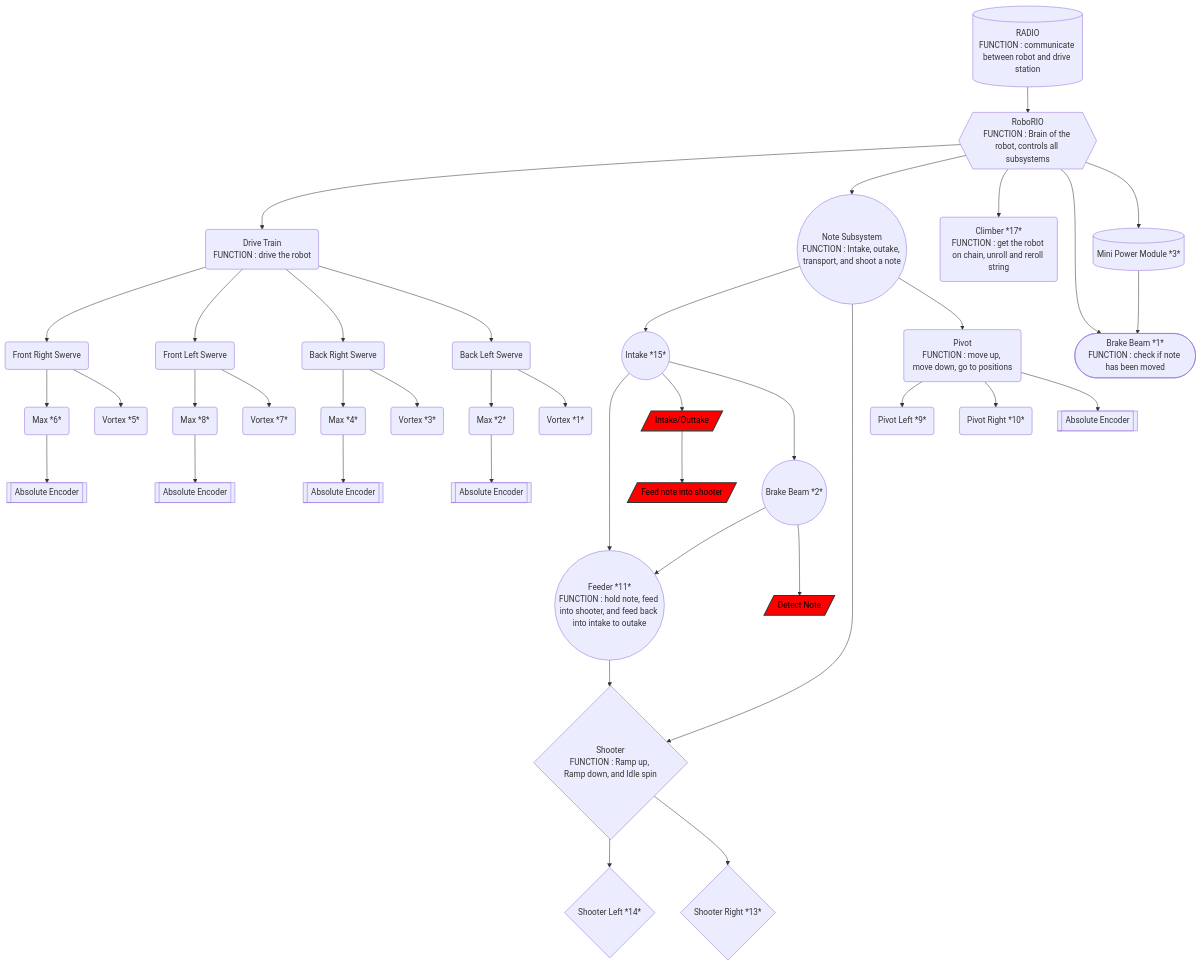
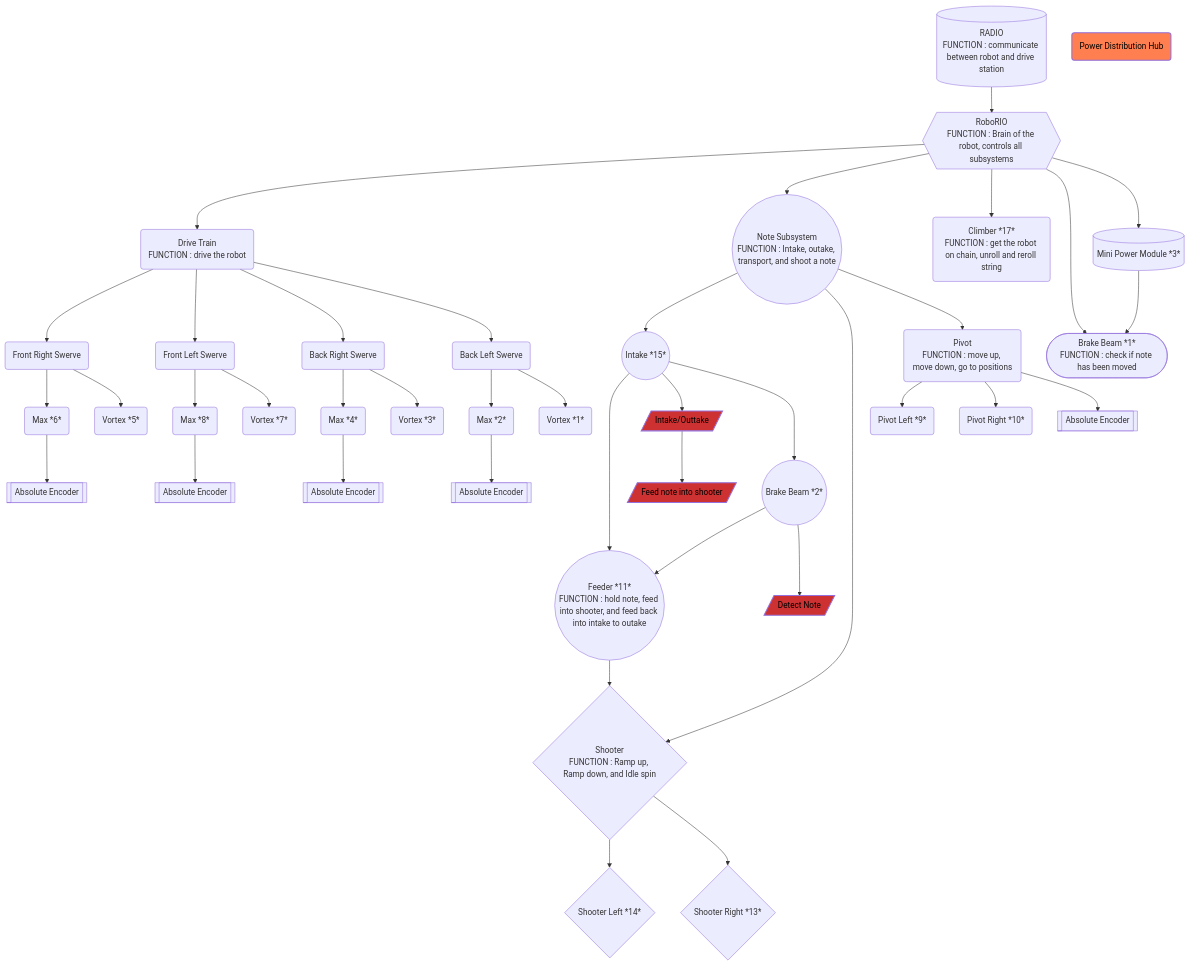
One commit to richardson-area-wide-robotics/Frc24-Crescendo-1745-OffSeason-AdvantageKit changed the diagram in tony_graphs.md. Above: the diagram before and after it, drawn with Mermaid.

````diff
--- a/tony_graphs.md
+++ b/tony_graphs.md
@@ -1,54 +1,59 @@
 ```mermaid
 graph TD;
     RoboRIO{{RoboRIO
 FUNCTION : Brain of the robot, controls all subsystems}}-->DriveTrain;
     DriveTrain(Drive Train
 FUNCTION : drive the robot );
     RoboRIO-->NoteSubsystem((Note Subsystem
 FUNCTION : Intake, outake, transport, and shoot a note));
     NoteSubsystem-->IntakeSystem((Intake *15*));
     NoteSubsystem-->ShooterSystem{Shooter
 FUNCTION : Ramp up, Ramp down, and Idle spin};
     ShooterSystem-->ShooterLeft{Shooter Left *14*};
     ShooterSystem-->ShooterRight{Shooter Right *13*};
     RoboRIO-->ClimberSystem(Climber *17*
 FUNCTION : get the robot on chain, unroll and reroll string);
     IntakeSystem-->FeederSystem((Feeder *11*
 FUNCTION : hold note, feed into shooter, and feed back into intake to outake))-->ShooterSystem;
 IntakeSystem-->FUNCINTAKE1;
     NoteSubsystem-->PivotSystem(Pivot
 FUNCTION : move up, move down, go to positions);
     PivotSystem-->PivotLeft(Pivot Left *9*);
     PivotSystem-->PivotRight(Pivot Right *10*);
     DriveTrain-->FrontRightSwerve(Front Right Swerve);
     DriveTrain-->FrontLeftSwerve(Front Left Swerve);
     DriveTrain-->BackRightSwerve(Back Right Swerve);
     DriveTrain-->BackLeftSwerve(Back Left Swerve);
     FrontRightSwerve-->MaxFR(Max *6*);
     FrontLeftSwerve-->MaxFL(Max *8*);
     BackRightSwerve-->MaxBR(Max *4*);
     BackLeftSwerve-->MaxBL(Max *2*);
     FrontRightSwerve-->VortexFR(Vortex *5*);
     FrontLeftSwerve-->VortexFL(Vortex *7*);
     BackRightSwerve-->VortexBR(Vortex *3*);
     BackLeftSwerve-->VortexBL(Vortex *1*);
     MaxFR-->EncoderFR[[Absolute Encoder]];
     MaxFL-->EncoderFL[[Absolute Encoder]];
     MaxBR-->EncoderBR[[Absolute Encoder]];
     MaxBL-->EncoderBL[[Absolute Encoder]];
     PivotSystem-->PivotEncoder[[Absolute Encoder]];
     IntakeSystem--->BrakeBeamNote((Brake Beam *2*))-->FeederSystem;
     BrakeBeamNote-->FUNCBREAKBEAM;
     RoboRIO-->ShooterBrakeBeam([Brake Beam *1*
 FUNCTION : check if note has been moved]);
     RoboRIO-->MiniPowerModule[(Mini Power Module *3*)]-->ShooterBrakeBeam;
     RADIO[(RADIO
 FUNCTION : communicate between robot and drive station)]-->RoboRIO;
 FUNCINTAKE1[/Intake/Outtake/]-->FUNCINTAKE2;
     FUNCINTAKE2[/Feed note into shooter/];
 FUNCBREAKBEAM[/Detect Note/];
+PDH(Power Distribution Hub)
 
-classDef fuctionStyle fill:#f00,stroke:#333,stroke-width:2px,color:#000;
+classDef fuctionStyle fill:#ce3131,stroke-width:2px,color:#000;
     class FUNCINTAKE1,FUNCINTAKE2,FUNCINTAKE3,FUNCBREAKBEAM fuctionStyle;
 
+classDef powerStyle fill:#ff7f50,stroke-width:2px,color:#000;
+    class PDH powerStyle;
+
+
 ```
````
